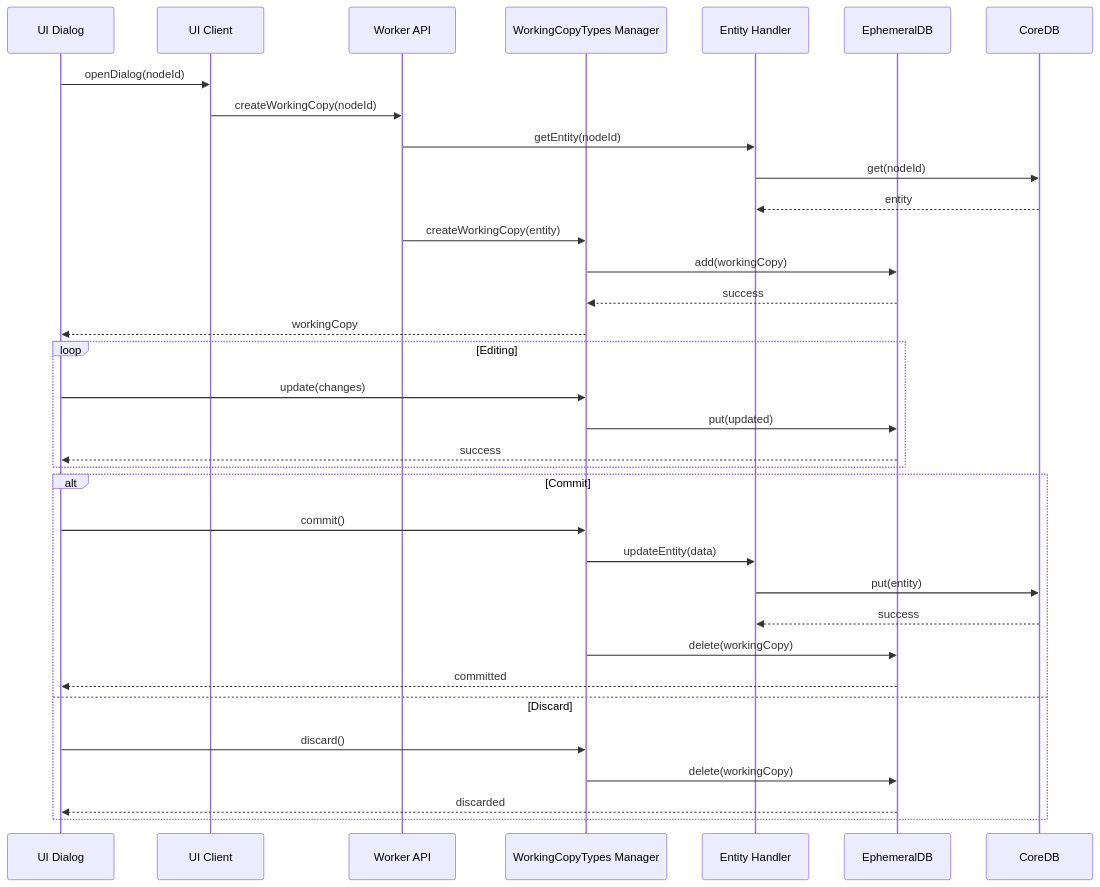
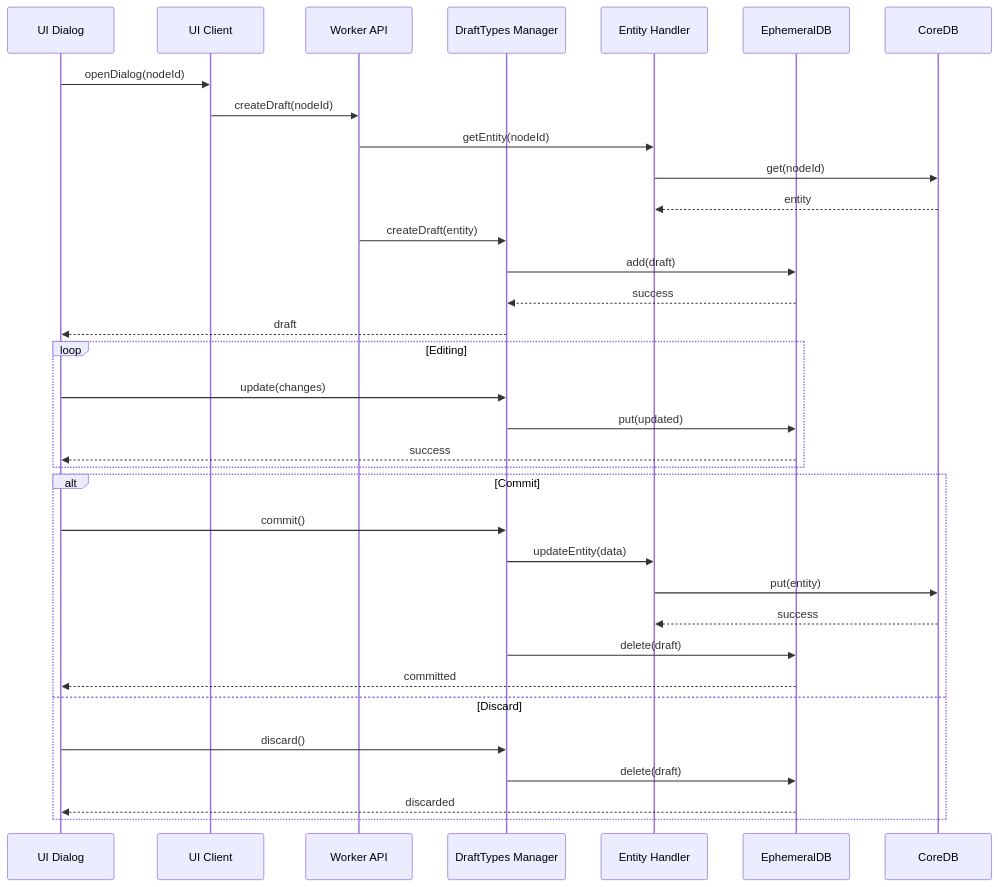
The diagram in docs/deprecated/MANUAL/03-core-operations.md (kubohiroya/hierarchidb), drawn with Mermaid before and after one commit. The commit also changed other lines of this file and 796 other files, not shown here.

````diff
--- a/docs/deprecated/MANUAL/03-core-operations.md
+++ b/docs/deprecated/MANUAL/03-core-operations.md
@@ -131,40 +131,40 @@
 ```mermaid
 sequenceDiagram
     participant UI as UI Dialog
     participant Client as UI Client
     participant Worker as Worker API
-    participant WCManager as WorkingCopyTypes Manager
+    participant WCManager as DraftTypes Manager
     participant Handler as Entity Handler
     participant EphemeralDB as EphemeralDB
     participant CoreDB as CoreDB
     
     UI->>Client: openDialog(nodeId)
-    Client->>Worker: createWorkingCopy(nodeId)
+    Client->>Worker: createDraft(nodeId)
     Worker->>Handler: getEntity(nodeId)
     Handler->>CoreDB: get(nodeId)
     CoreDB-->>Handler: entity
     
-    Worker->>WCManager: createWorkingCopy(entity)
-    WCManager->>EphemeralDB: add(workingCopy)
+    Worker->>WCManager: createDraft(entity)
+    WCManager->>EphemeralDB: add(draft)
     EphemeralDB-->>WCManager: success
-    WCManager-->>UI: workingCopy
+    WCManager-->>UI: draft
     
     loop Editing
         UI->>WCManager: update(changes)
         WCManager->>EphemeralDB: put(updated)
         EphemeralDB-->>UI: success
     end
     
     alt Commit
         UI->>WCManager: commit()
         WCManager->>Handler: updateEntity(data)
         Handler->>CoreDB: put(entity)
         CoreDB-->>Handler: success
-        WCManager->>EphemeralDB: delete(workingCopy)
+        WCManager->>EphemeralDB: delete(draft)
         EphemeralDB-->>UI: committed
     else Discard
         UI->>WCManager: discard()
-        WCManager->>EphemeralDB: delete(workingCopy)
+        WCManager->>EphemeralDB: delete(draft)
         EphemeralDB-->>UI: discarded
     end
 ```
````
